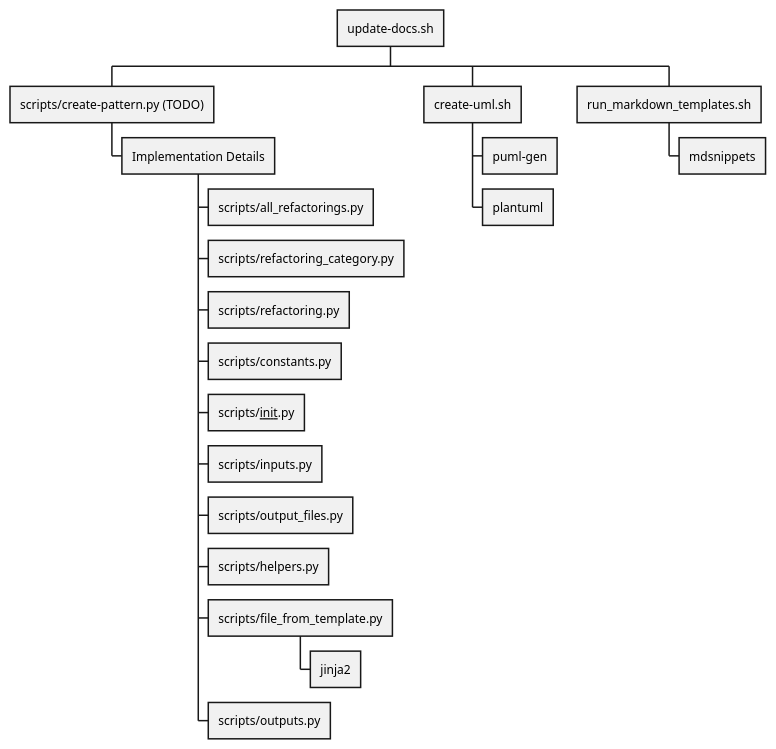
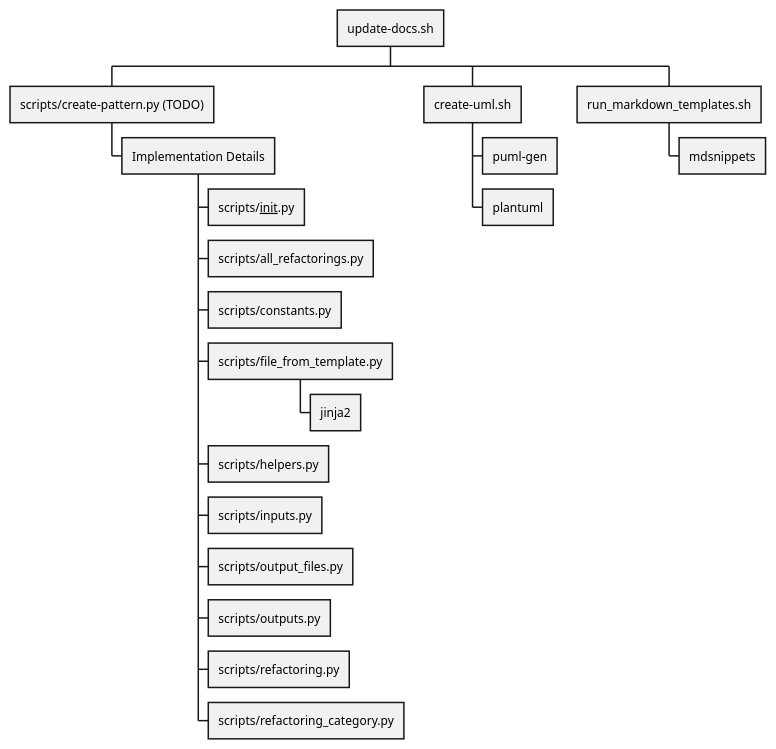
One commit to claremacrae/RefactoringSamples changed the diagram in uml/Scripts/Scripts.puml. Above: the diagram before and after it, drawn with PlantUML. The commit also changed other lines of this file, not shown here.

Commit message:
Sort python scripts by name

```diff
--- a/uml/Scripts/Scripts.puml
+++ b/uml/Scripts/Scripts.puml
@@ -1,23 +1,23 @@
 @startwbs
 
 * update-docs.sh
 ** scripts/create-pattern.py (TODO)
 *** Implementation Details
+**** scripts/__init__.py
 **** scripts/all_refactorings.py
-**** scripts/refactoring_category.py
-**** scripts/refactoring.py
 **** scripts/constants.py
-**** scripts/__init__.py
+**** scripts/file_from_template.py
+***** jinja2
+**** scripts/helpers.py
 **** scripts/inputs.py
 **** scripts/output_files.py
-**** scripts/helpers.py
-**** scripts/file_from_template.py
-***** jinja2
 **** scripts/outputs.py
+**** scripts/refactoring.py
+**** scripts/refactoring_category.py
 ** create-uml.sh
 *** puml-gen
 *** plantuml
 ** run_markdown_templates.sh
 *** mdsnippets
 
 @endwbs
```
